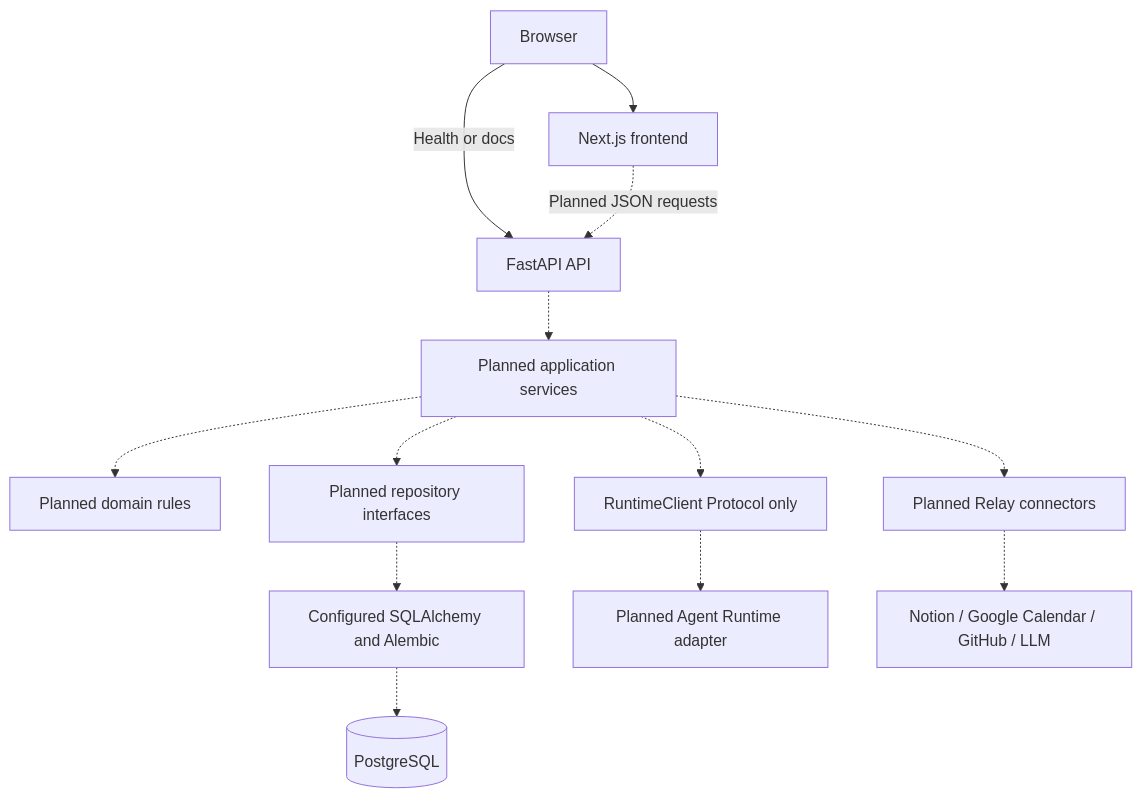
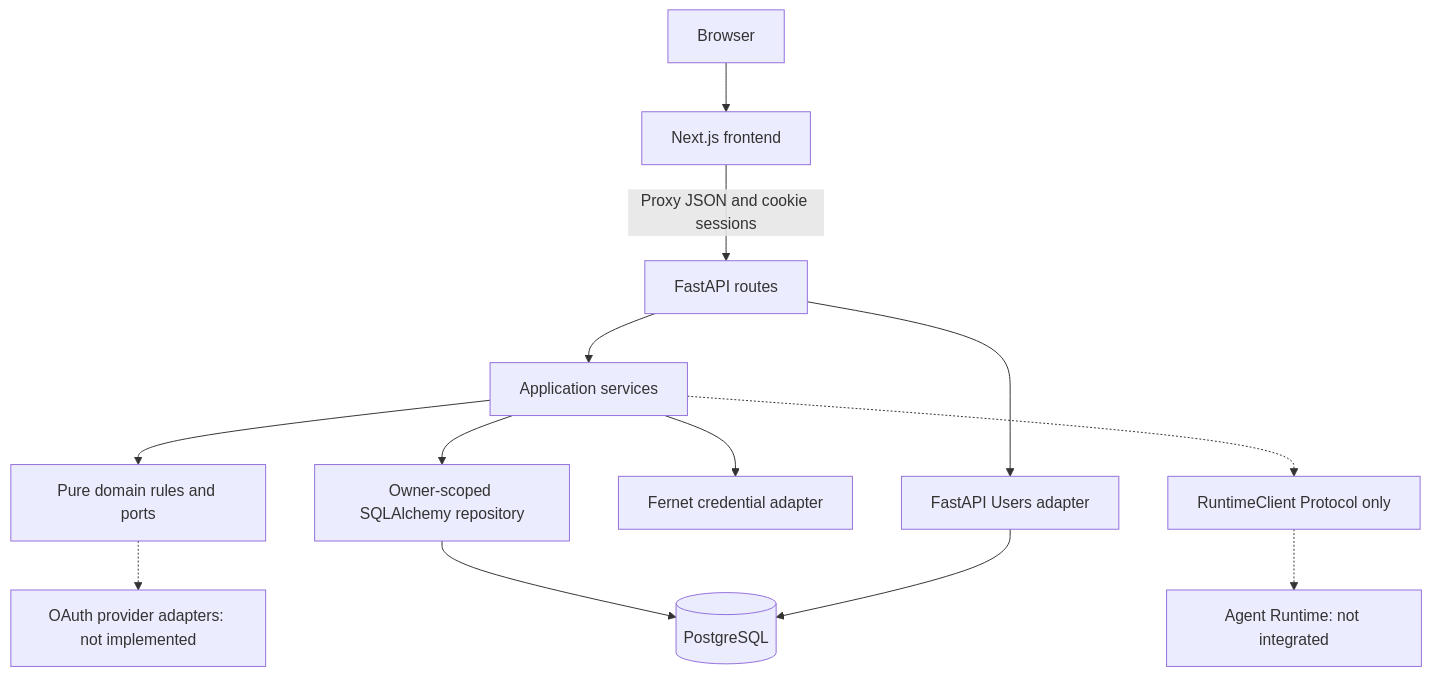
The diagram in docs/architecture/container-diagram.md (praveenachen/Relay-2.0), drawn with Mermaid before and after one commit. The commit also changed other lines of this file and 15 other files, not shown here.

````diff
--- a/docs/architecture/container-diagram.md
+++ b/docs/architecture/container-diagram.md
@@ -3,15 +3,15 @@
 ```mermaid
 flowchart TB
     Browser[Browser] --> Web[Next.js frontend]
-    Browser -->|Health or docs| API[FastAPI API]
-    Web -.->|Planned JSON requests| API
-    API -.-> Services[Planned application services]
-    Services -.-> Domain[Planned domain rules]
-    Services -.-> Repositories[Planned repository interfaces]
-    Services -.-> Connectors[Planned Relay connectors]
+    Web -->|Proxy JSON and cookie sessions| API[FastAPI routes]
+    API --> Services[Application services]
+    Services --> Domain[Pure domain rules and ports]
+    Services --> Repo[Owner-scoped SQLAlchemy repository]
+    Services --> Credentials[Fernet credential adapter]
+    Repo --> DB[(PostgreSQL)]
+    API --> Auth[FastAPI Users adapter]
+    Auth --> DB
     Services -.-> Contract[RuntimeClient Protocol only]
-    Repositories -.-> SQL[Configured SQLAlchemy and Alembic]
-    SQL -.-> DB[(PostgreSQL)]
-    Contract -.-> Runtime[Planned Agent Runtime adapter]
-    Connectors -.-> Providers[Notion / Google Calendar / GitHub / LLM]
+    Contract -.-> Runtime[Agent Runtime: not integrated]
+    Domain -.-> Providers[OAuth provider adapters: not implemented]
 ```
````
